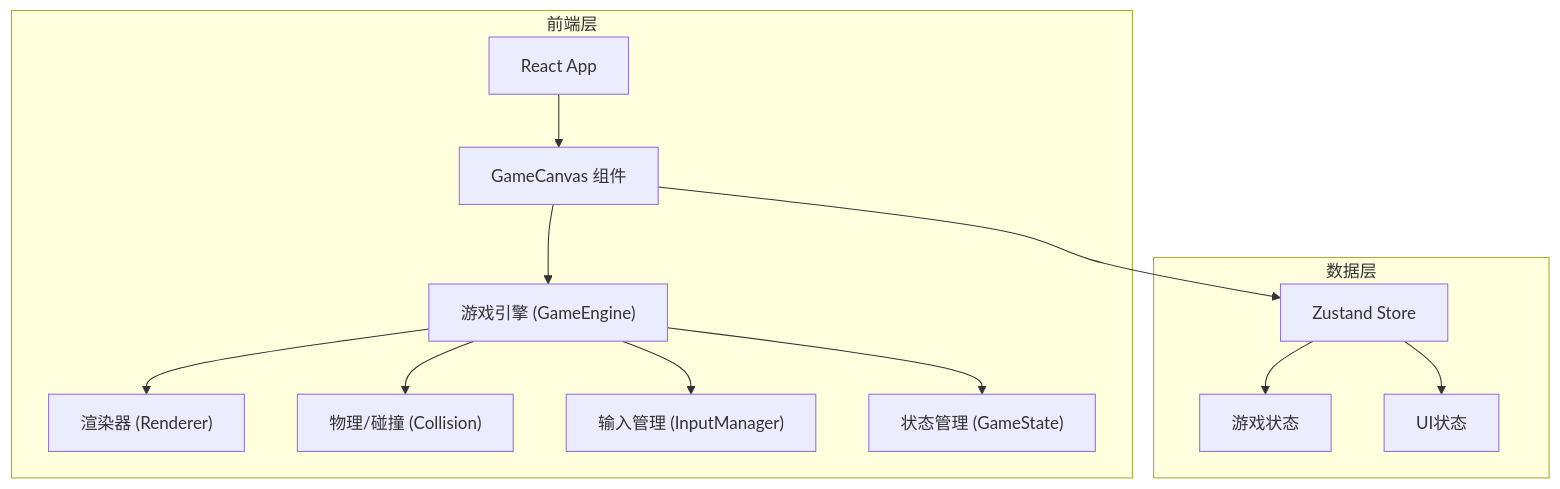
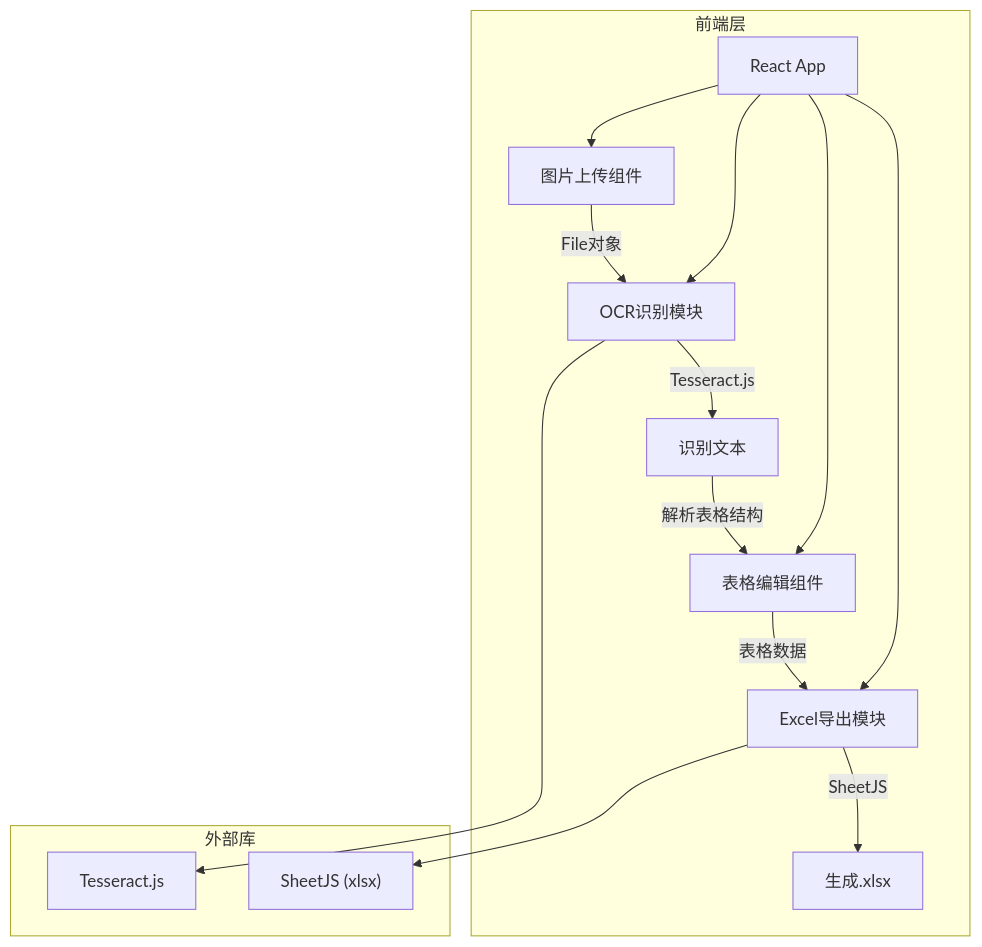
Before and after one commit to 290083689/word: the diagram in .trae/documents/tech-architecture.md, drawn with Mermaid. The commit also changed other lines of this file and 31 other files, not shown here.

Commit message:
feat: 图片转Excel网页应用

````diff
--- a/.trae/documents/tech-architecture.md
+++ b/.trae/documents/tech-architecture.md
@@ -3,16 +3,20 @@
 ```mermaid
 flowchart TD
     subgraph "前端层"
-        A["React App"] --> B["GameCanvas 组件"]
-        B --> C["游戏引擎 (GameEngine)"]
-        C --> D["渲染器 (Renderer)"]
-        C --> E["物理/碰撞 (Collision)"]
-        C --> F["输入管理 (InputManager)"]
-        C --> G["状态管理 (GameState)"]
+        A["React App"] --> B["图片上传组件"]
+        A --> C["OCR识别模块"]
+        A --> D["表格编辑组件"]
+        A --> E["Excel导出模块"]
+        B -->|"File对象"| C
+        C -->|"Tesseract.js"| F["识别文本"]
+        F -->|"解析表格结构"| D
+        D -->|"表格数据"| E
+        E -->|"SheetJS"| G["生成.xlsx"]
     end
-    subgraph "数据层"
-        H["Zustand Store"] --> I["游戏状态"]
-        H --> J["UI状态"]
+    subgraph "外部库"
+        H["Tesseract.js"] 
+        I["SheetJS (xlsx)"]
     end
-    B --> H
+    C --> H
+    E --> I
 ```
````
